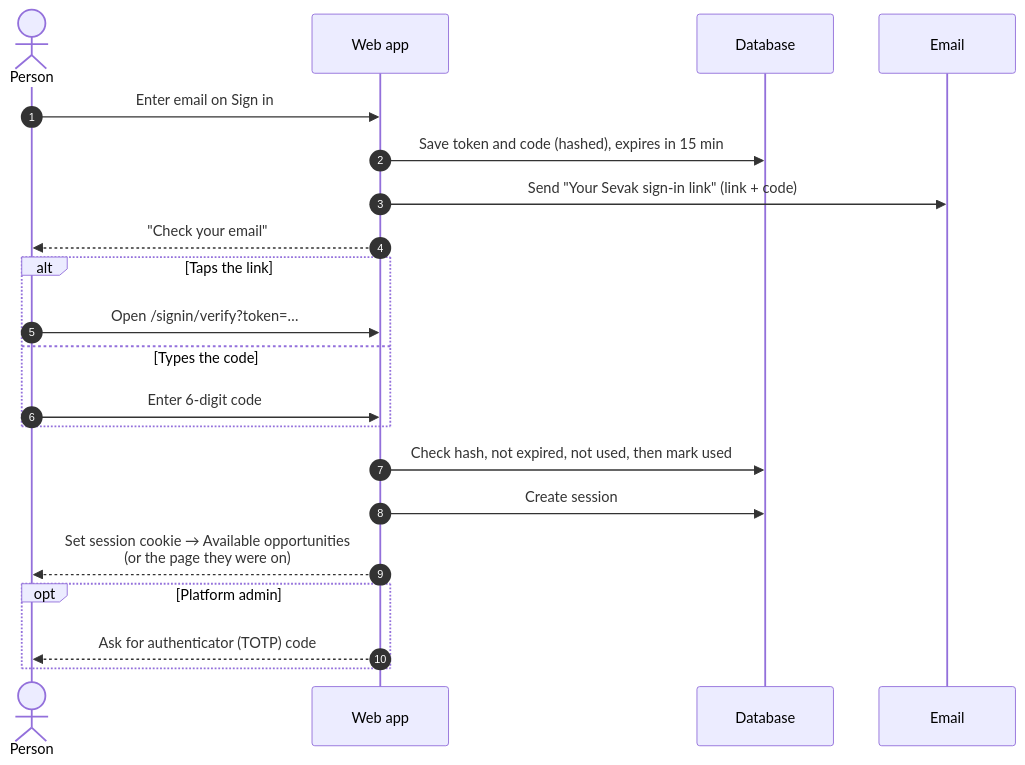
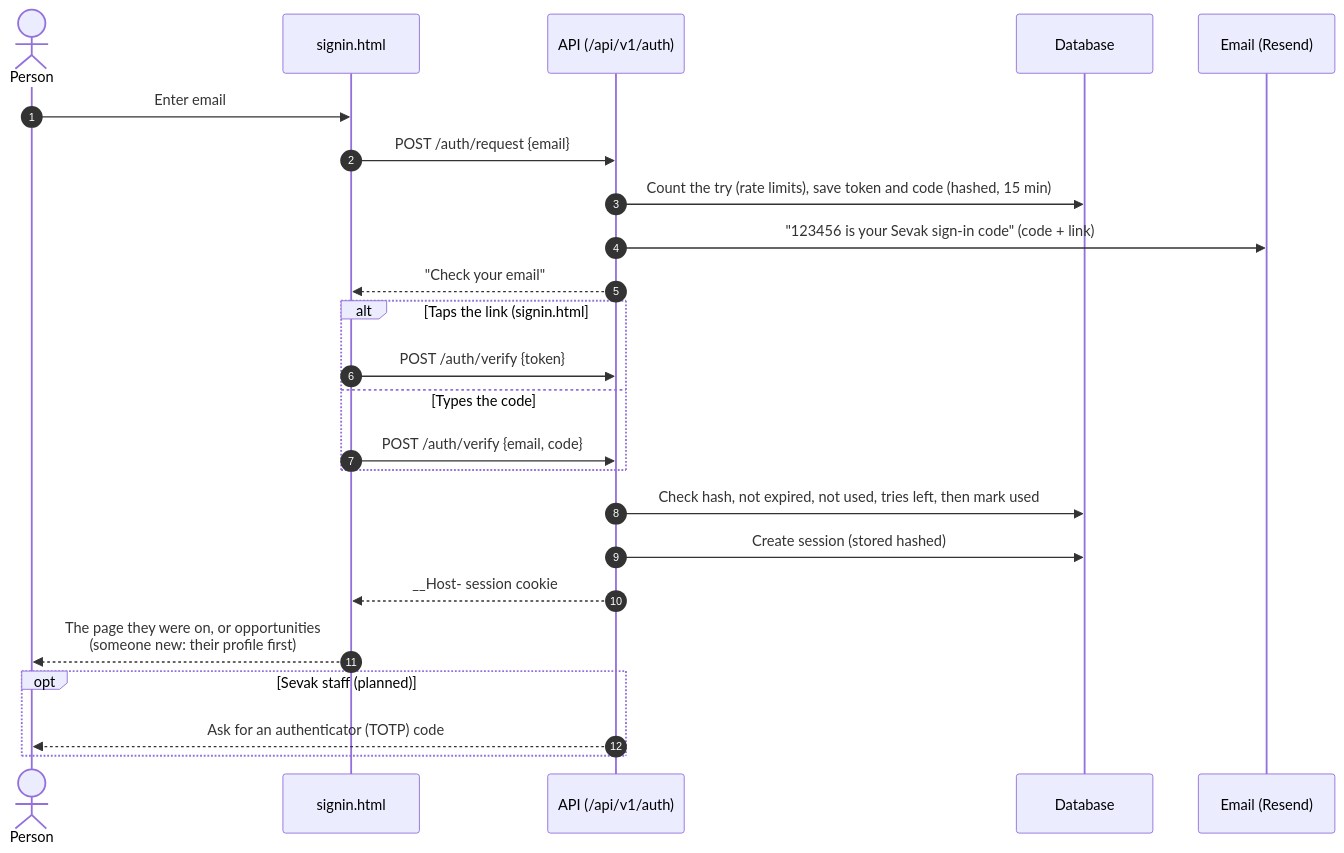
One commit to anb-solutions/sevak changed the seventh of 10 diagrams in docs/DIAGRAMS.md. Above: the diagram before and after it, drawn with Mermaid. The commit also changed other lines of this file and 8 other files, not shown here.

````diff
--- a/docs/DIAGRAMS.md
+++ b/docs/DIAGRAMS.md
@@ -379,27 +362,30 @@
 ```mermaid
 sequenceDiagram
     autonumber
     actor U as Person
-    participant W as Web app
+    participant P as signin.html
+    participant W as API (/api/v1/auth)
     participant DB as Database
-    participant E as Email
+    participant E as Email (Resend)
 
-    U->>W: Enter email on Sign in
-    W->>DB: Save token and code (hashed), expires in 15 min
-    W->>E: Send "Your Sevak sign-in link" (link + code)
-    W-->>U: "Check your email"
+    U->>P: Enter email
+    P->>W: POST /auth/request {email}
+    W->>DB: Count the try (rate limits), save token and code (hashed, 15 min)
+    W->>E: "123456 is your Sevak sign-in code" (code + link)
+    W-->>P: "Check your email"
 
-    alt Taps the link
-        U->>W: Open /signin/verify?token=…
+    alt Taps the link (signin.html#token=…)
+        P->>W: POST /auth/verify {token}
     else Types the code
-        U->>W: Enter 6-digit code
+        P->>W: POST /auth/verify {email, code}
     end
 
-    W->>DB: Check hash, not expired, not used, then mark used
-    W->>DB: Create session
-    W-->>U: Set session cookie → Available opportunities<br/>(or the page they were on)
+    W->>DB: Check hash, not expired, not used, tries left, then mark used
+    W->>DB: Create session (stored hashed)
+    W-->>P: __Host- session cookie
+    P-->>U: The page they were on, or opportunities<br/>(someone new: their profile first)
 
-    opt Platform admin
-        W-->>U: Ask for authenticator (TOTP) code
+    opt Sevak staff (planned)
+        W-->>U: Ask for an authenticator (TOTP) code
     end
 ```
````
